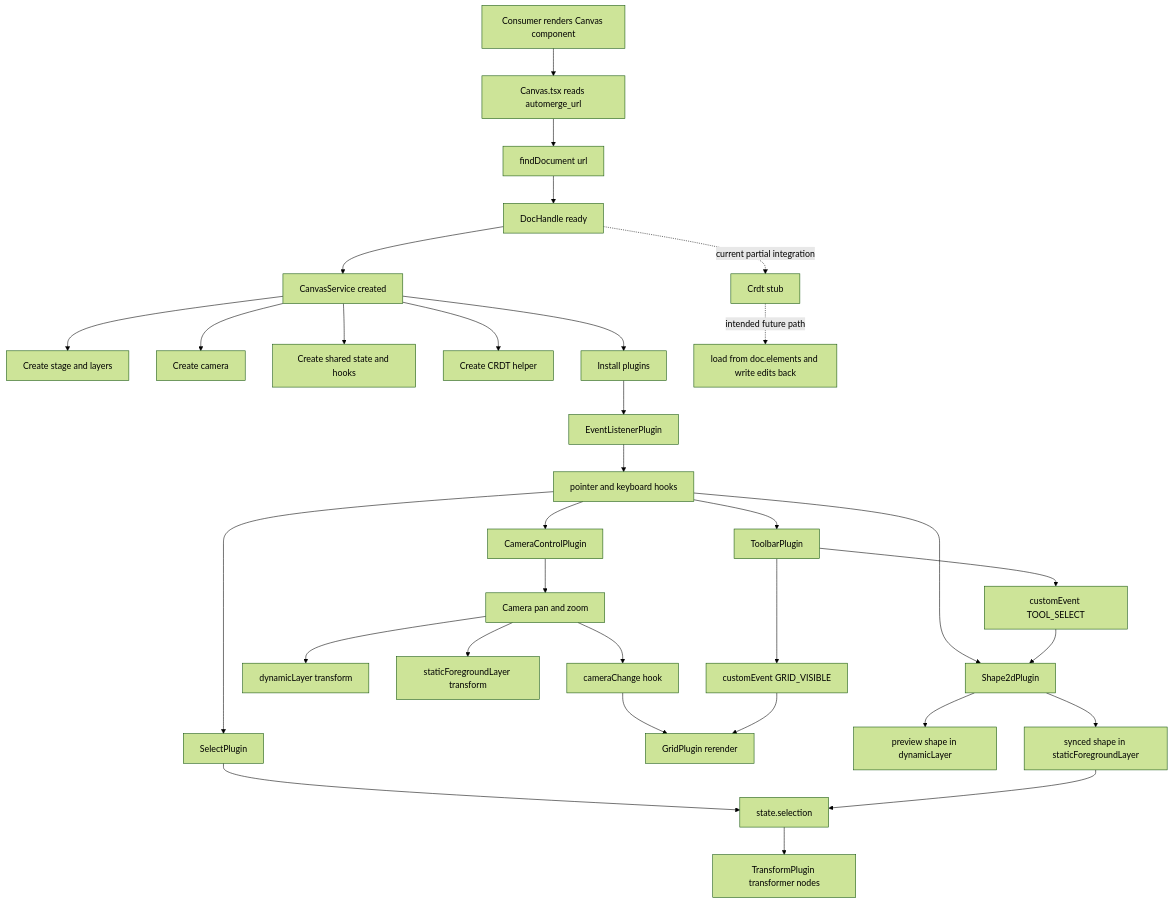
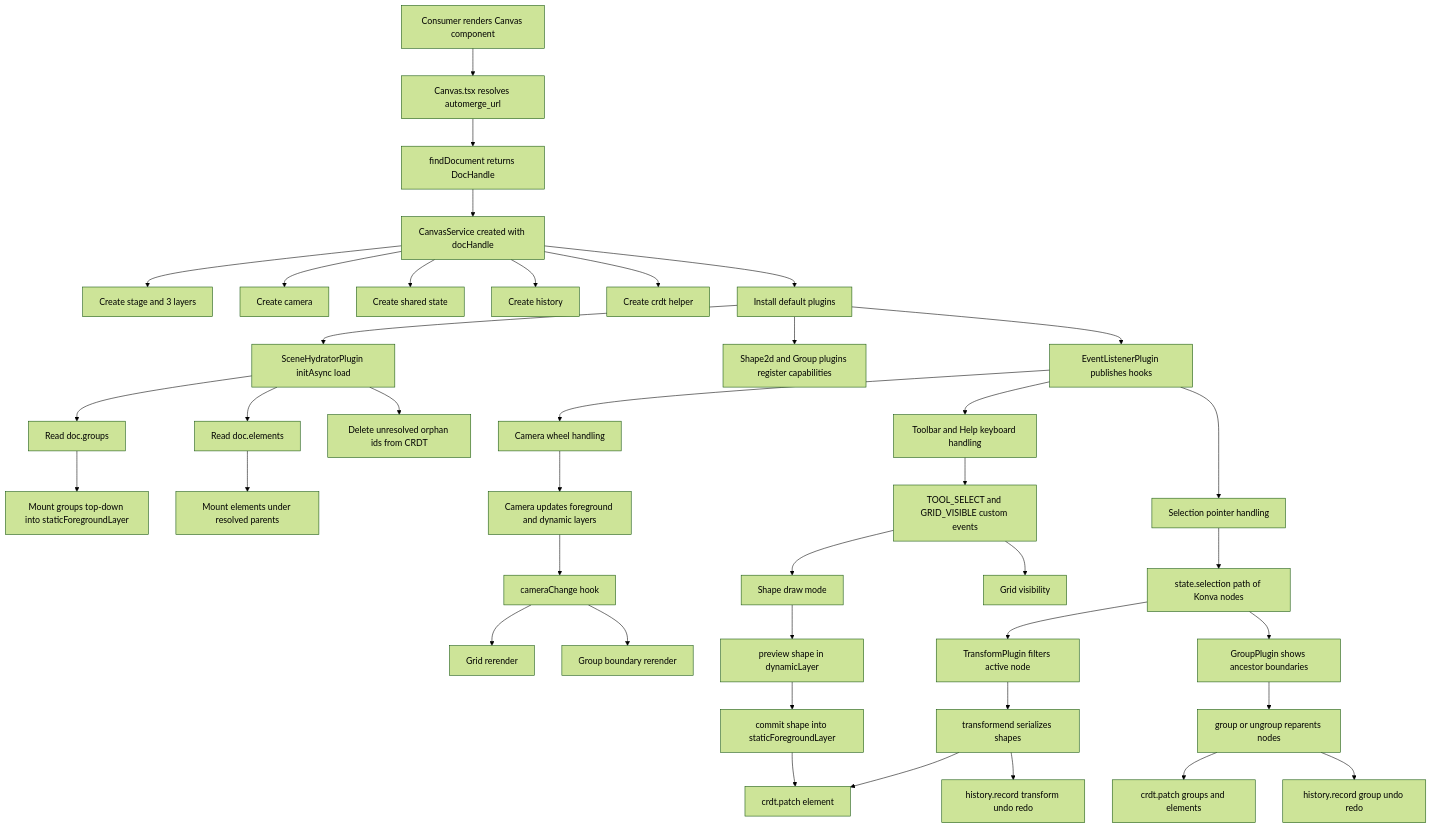
Before and after one commit to vibecanvas/vibecanvas: the diagram in specs/spec.canvas.md, drawn with Mermaid (forest theme). The commit also changed other lines of this file and 12 other files, not shown here.

Commit message:
wip: transform undo

````diff
--- a/specs/spec.canvas.md
+++ b/specs/spec.canvas.md
@@ -722,42 +796,52 @@
 ```mermaid
 flowchart TD
-  A[Consumer renders Canvas component] --> B[Canvas.tsx reads automerge_url]
-  B --> C[findDocument url]
-  C --> D[DocHandle ready]
-  D --> E[CanvasService created]
+  A[Consumer renders Canvas component] --> B[Canvas.tsx resolves automerge_url]
+  B --> C[findDocument returns DocHandle]
+  C --> D[CanvasService created with docHandle]
 
-  E --> F[Create stage and layers]
-  E --> G[Create camera]
-  E --> H[Create shared state and hooks]
-  E --> I[Create CRDT helper]
-  E --> J[Install plugins]
+  D --> E[Create stage and 3 layers]
+  D --> F[Create camera]
+  D --> G[Create shared state]
+  D --> H[Create history]
+  D --> I[Create crdt helper]
+  D --> J[Install default plugins]
 
-  J --> K[EventListenerPlugin]
-  K --> L[pointer and keyboard hooks]
+  J --> K[EventListenerPlugin publishes hooks]
+  J --> L[Shape2d and Group plugins register capabilities]
+  J --> M[SceneHydratorPlugin initAsync load]
 
-  L --> M[CameraControlPlugin]
-  L --> N[ToolbarPlugin]
-  L --> O[SelectPlugin]
-  L --> P[Shape2dPlugin]
+  M --> N[Read doc.groups]
+  M --> O[Read doc.elements]
+  N --> P[Mount groups top-down into staticForegroundLayer]
+  O --> Q[Mount elements under resolved parents]
+  M --> R[Delete unresolved orphan ids from CRDT]
 
-  M --> Q[Camera pan and zoom]
-  Q --> R[dynamicLayer transform]
-  Q --> S[staticForegroundLayer transform]
-  Q --> T[cameraChange hook]
-  T --> U[GridPlugin rerender]
+  K --> S[Toolbar and Help keyboard handling]
+  K --> T[Selection pointer handling]
+  K --> U[Camera wheel handling]
 
-  N --> V[customEvent TOOL_SELECT]
-  N --> W[customEvent GRID_VISIBLE]
-  V --> P
-  W --> U
+  U --> V[Camera updates foreground and dynamic layers]
+  V --> W[cameraChange hook]
+  W --> X[Grid rerender]
+  W --> Y[Group boundary rerender]
 
-  O --> X[state.selection]
-  X --> Y[TransformPlugin transformer nodes]
+  S --> Z[TOOL_SELECT and GRID_VISIBLE custom events]
+  Z --> AA[Shape draw mode]
+  Z --> AB[Grid visibility]
 
-  P --> Z[preview shape in dynamicLayer]
-  P --> AA[synced shape in staticForegroundLayer]
-  AA --> X
+  T --> AC[state.selection path of Konva nodes]
+  AC --> AD[TransformPlugin filters active node]
+  AC --> AE[GroupPlugin shows ancestor boundaries]
 
-  D -. current partial integration .-> AB[Crdt stub]
-  AB -. intended future path .-> AC[load from doc.elements and write edits back]
+  AA --> AF[preview shape in dynamicLayer]
+  AF --> AG[commit shape into staticForegroundLayer]
+  AG --> AH[crdt.patch element]
+
+  AD --> AI[transformend serializes shapes]
+  AI --> AH
+  AI --> AJ[history.record transform undo redo]
+
+  AE --> AK[group or ungroup reparents nodes]
+  AK --> AL[crdt.patch groups and elements]
+  AK --> AM[history.record group undo redo]
 ```
````
